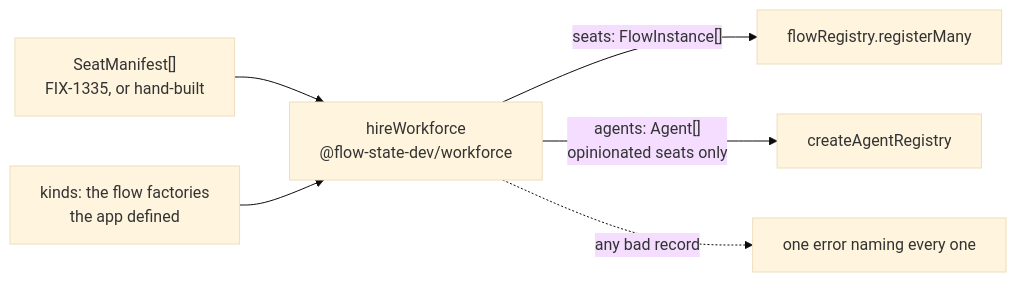
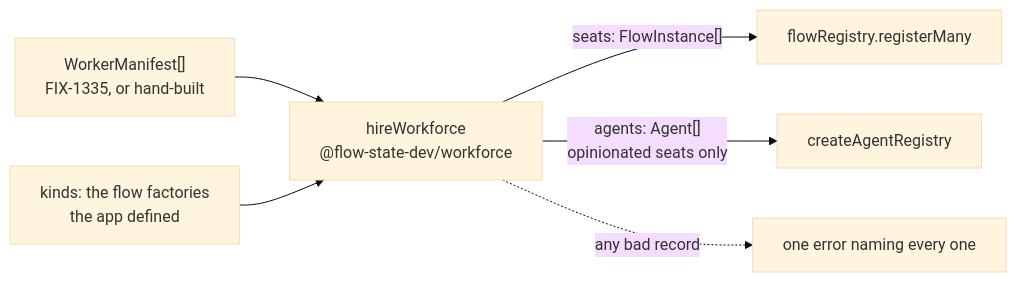
The diagram in spec/FIX-1325.md (fixpoint-labs/flow-state-dev), drawn with Mermaid (base theme) before and after one commit. The commit also changed other lines of this file, not shown here.

First line of the commit message:
spec(FIX-1325): fold review round 1 — both asks ratified, manifest carries one id

````diff
--- a/spec/FIX-1325.md
+++ b/spec/FIX-1325.md
@@ -261,8 +293,8 @@
 ```mermaid
 flowchart LR
-  M["SeatManifest[]<br/>FIX-1335, or hand-built"] --> H["hireWorkforce<br/>@flow-state-dev/workforce"]
+  M["WorkerManifest[]<br/>FIX-1335, or hand-built"] --> H["hireWorkforce<br/>@flow-state-dev/workforce"]
   K["kinds: the flow factories<br/>the app defined"] --> H
   H -->|"seats: FlowInstance[]"| FR["flowRegistry.registerMany"]
   H -->|"agents: Agent[]<br/>opinionated seats only"| AR["createAgentRegistry"]
   H -.->|"any bad record"| E["one error naming every one"]
 ```
````
